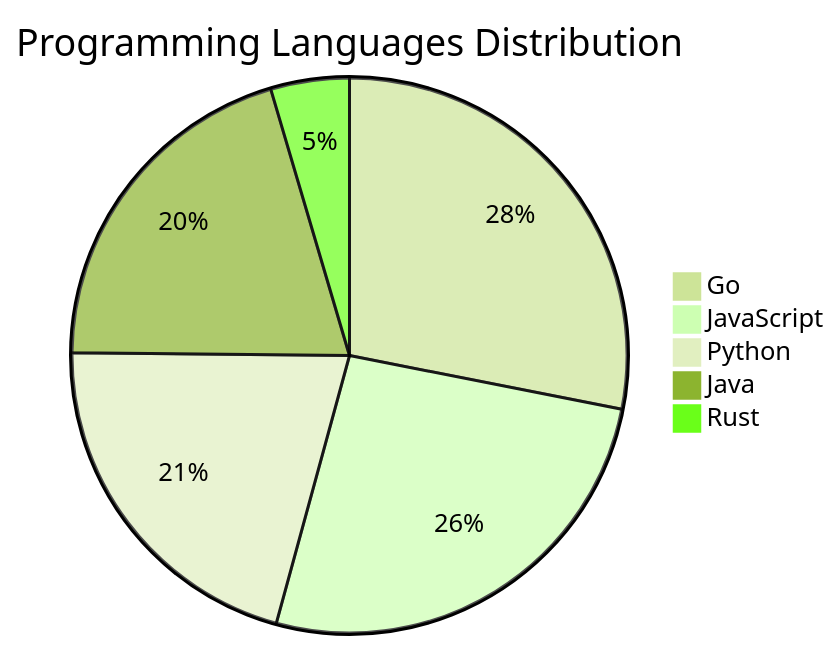
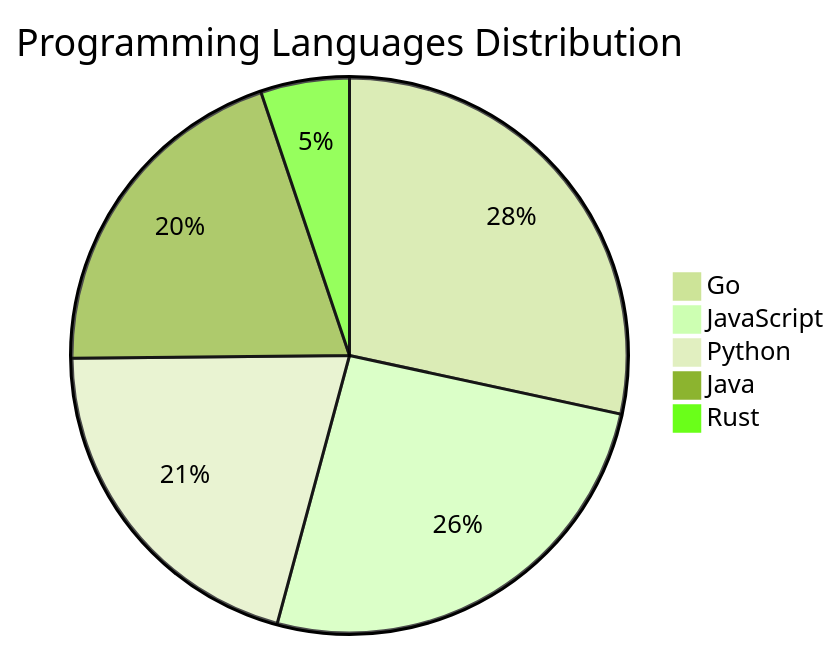
The diagram in README.md (Derrick-MUGISHA/github-activity-bot), drawn with Mermaid (forest theme) before and after one commit. The commit also changed other lines of this file and 4 other files, not shown here.

````diff
--- a/README.md
+++ b/README.md
@@ -205,8 +205,8 @@
 ```mermaid
 pie title Programming Languages Distribution
-    "Go" : 43
+    "Go" : 44
     "JavaScript" : 40
     "Python" : 32
     "Java" : 31
-    "Rust" : 7
+    "Rust" : 8
 ```
````
